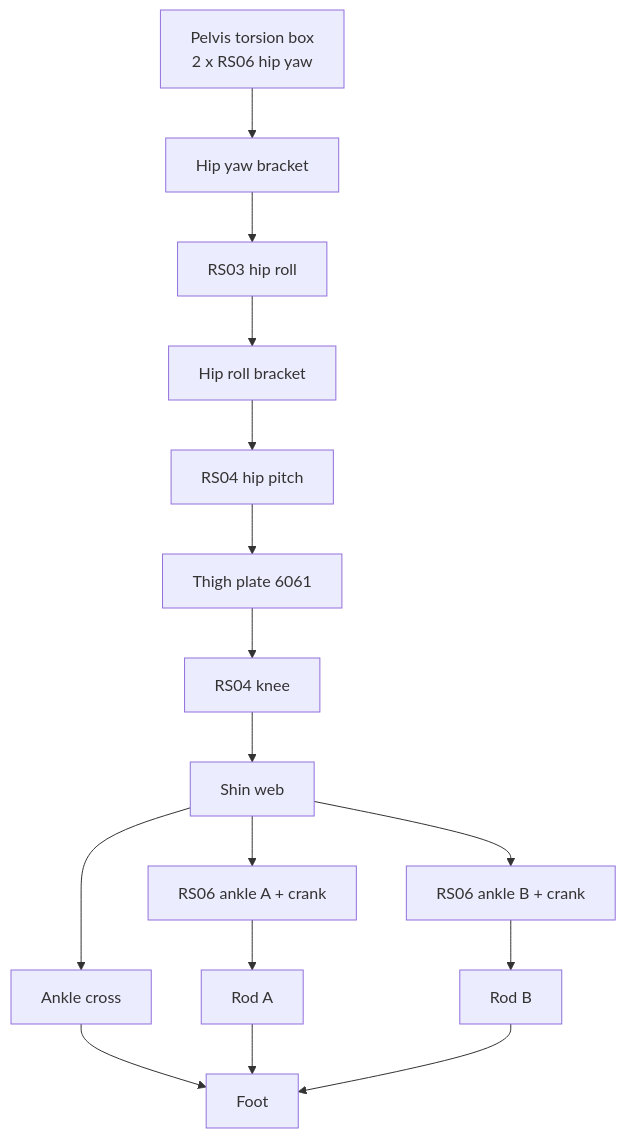
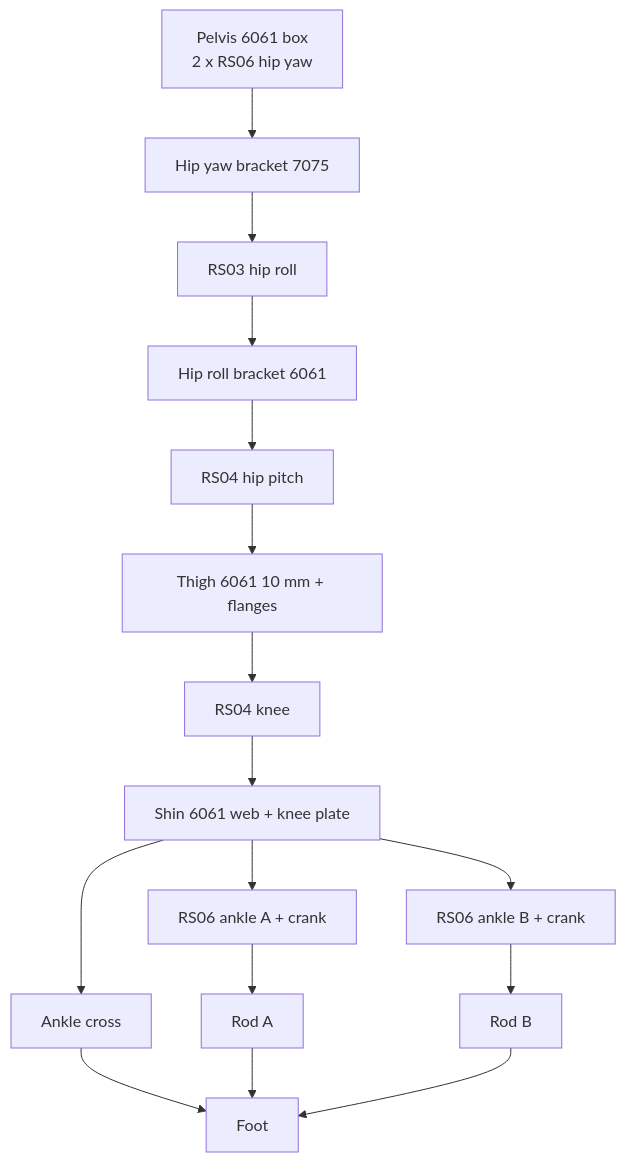
One commit to nickthelegend/thenar-jx1 changed the first of 3 diagrams in docs/architecture.md. Above: the diagram before and after it, drawn with Mermaid. The commit also changed other lines of this file and 26 other files, not shown here.

````diff
--- a/docs/architecture.md
+++ b/docs/architecture.md
@@ -19,10 +20,10 @@
 ```mermaid
 flowchart TB
-  P[Pelvis torsion box<br/>2 x RS06 hip yaw] --> HY[Hip yaw bracket] --> RR[RS03 hip roll] --> HR[Hip roll bracket]
-  HR --> PP[RS04 hip pitch] --> TH[Thigh plate 6061] --> KN[RS04 knee] --> SH[Shin web]
+  P[Pelvis 6061 box<br/>2 x RS06 hip yaw] --> HY[Hip yaw bracket 7075] --> RR[RS03 hip roll] --> HR[Hip roll bracket 6061]
+  HR --> PP[RS04 hip pitch] --> TH[Thigh 6061 10 mm + flanges] --> KN[RS04 knee] --> SH[Shin 6061 web + knee plate]
   SH --> AA[RS06 ankle A + crank] --> RA[Rod A]
   SH --> AB[RS06 ankle B + crank] --> RB[Rod B]
   SH --> X[Ankle cross] --> F[Foot]
   RA --> F
   RB --> F
 ```
````
